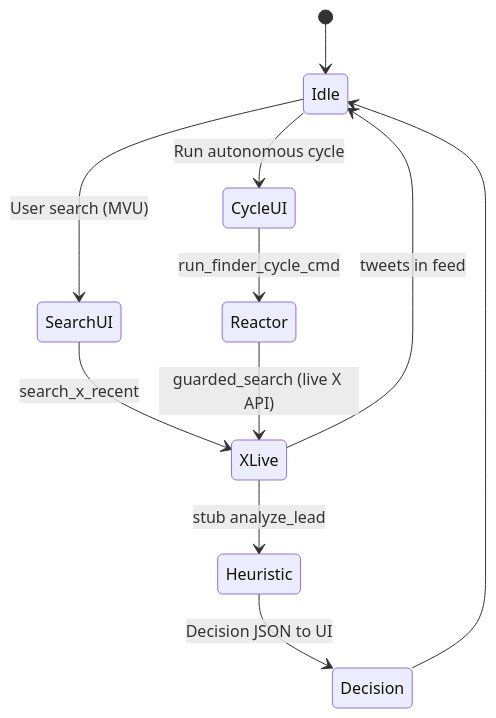
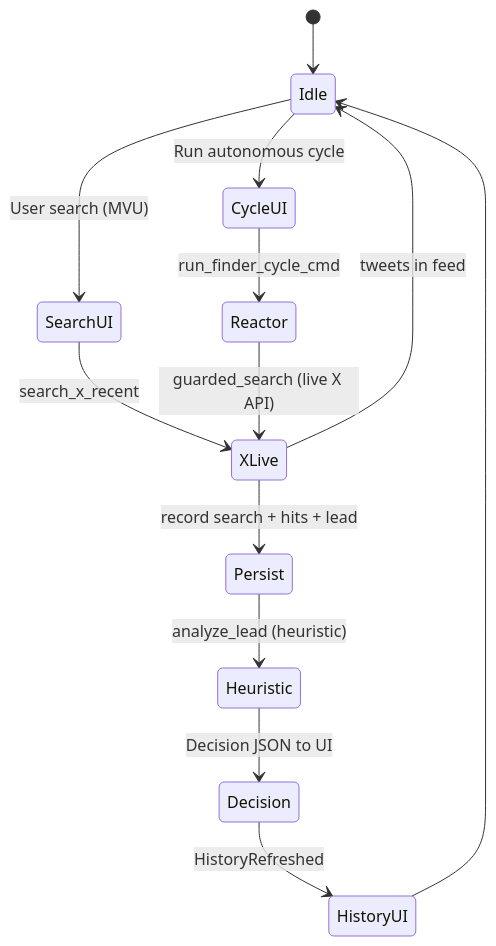
The fourth of 4 diagrams in docs/agentic-architecture.md (p10ns11y/collab-finder), drawn with Mermaid before and after one commit. The commit also changed other lines of this file and 6 other files, not shown here.

First line of the commit message:
docs: align architecture and README with shipped history and live cycle

````diff
--- a/docs/agentic-architecture.md
+++ b/docs/agentic-architecture.md
@@ -100,14 +129,16 @@
 ```mermaid
 stateDiagram-v2
   [*] --> Idle
   Idle --> SearchUI: User search (MVU)
   SearchUI --> XLive: search_x_recent
   XLive --> Idle: tweets in feed
 
   Idle --> CycleUI: Run autonomous cycle
   CycleUI --> Reactor: run_finder_cycle_cmd
   Reactor --> XLive: guarded_search (live X API)
-  XLive --> Heuristic: stub analyze_lead
+  XLive --> Persist: record search + hits + lead
+  Persist --> Heuristic: analyze_lead (heuristic)
   Heuristic --> Decision: Decision JSON to UI
-  Decision --> Idle
+  Decision --> HistoryUI: HistoryRefreshed
+  HistoryUI --> Idle
 ```
````
